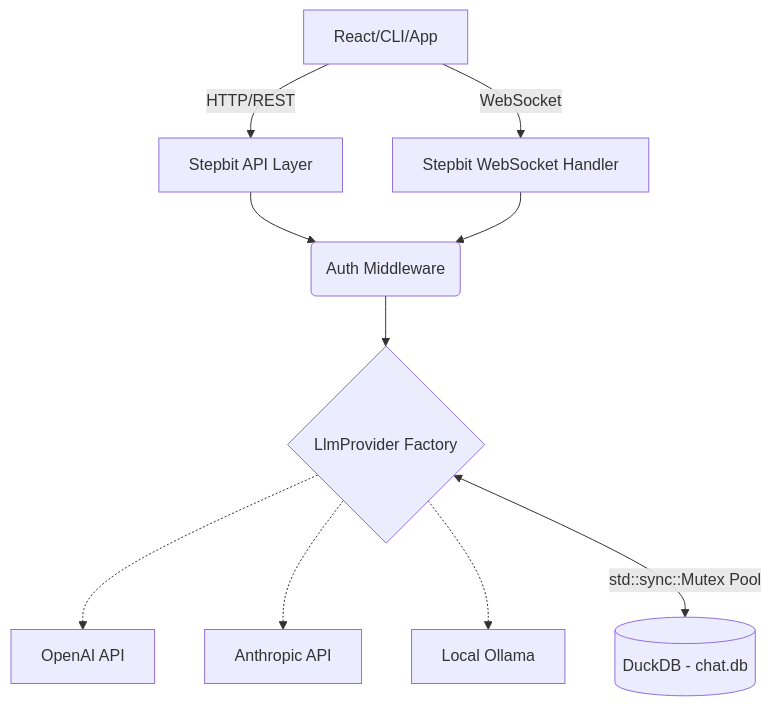
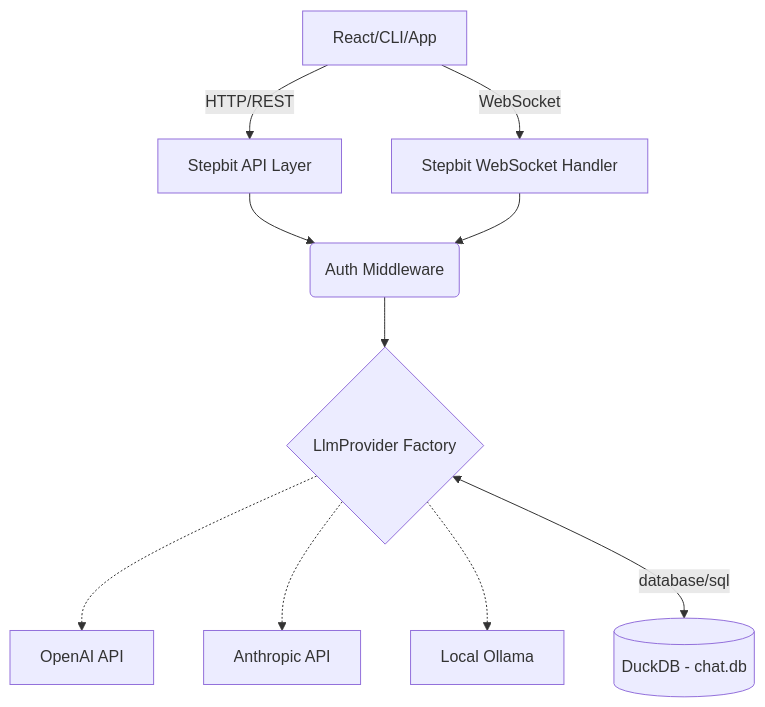
One commit to jacovinus/stepbit-app changed the diagram in docs/SPECS.md. Above: the diagram before and after it, drawn with Mermaid. The commit also changed other lines of this file and 8 other files, not shown here.

````diff
--- a/docs/SPECS.md
+++ b/docs/SPECS.md
@@ -7,16 +7,16 @@
 ```mermaid
 graph TD;
     Client[React/CLI/App] -->|HTTP/REST| API[Stepbit API Layer]
     Client -->|WebSocket| WS[Stepbit WebSocket Handler]
     
     API --> Auth(Auth Middleware)
     WS --> Auth
     
     Auth --> Router{LlmProvider Factory}
     
     Router -.-> OpenAI[OpenAI API]
     Router -.-> Anthropic[Anthropic API]
     Router -.-> Ollama[Local Ollama]
     
-    Router <-->|std::sync::Mutex Pool| DB[(DuckDB - chat.db)]
+    Router <-->|database/sql| DB[(DuckDB - chat.db)]
 ```
````
